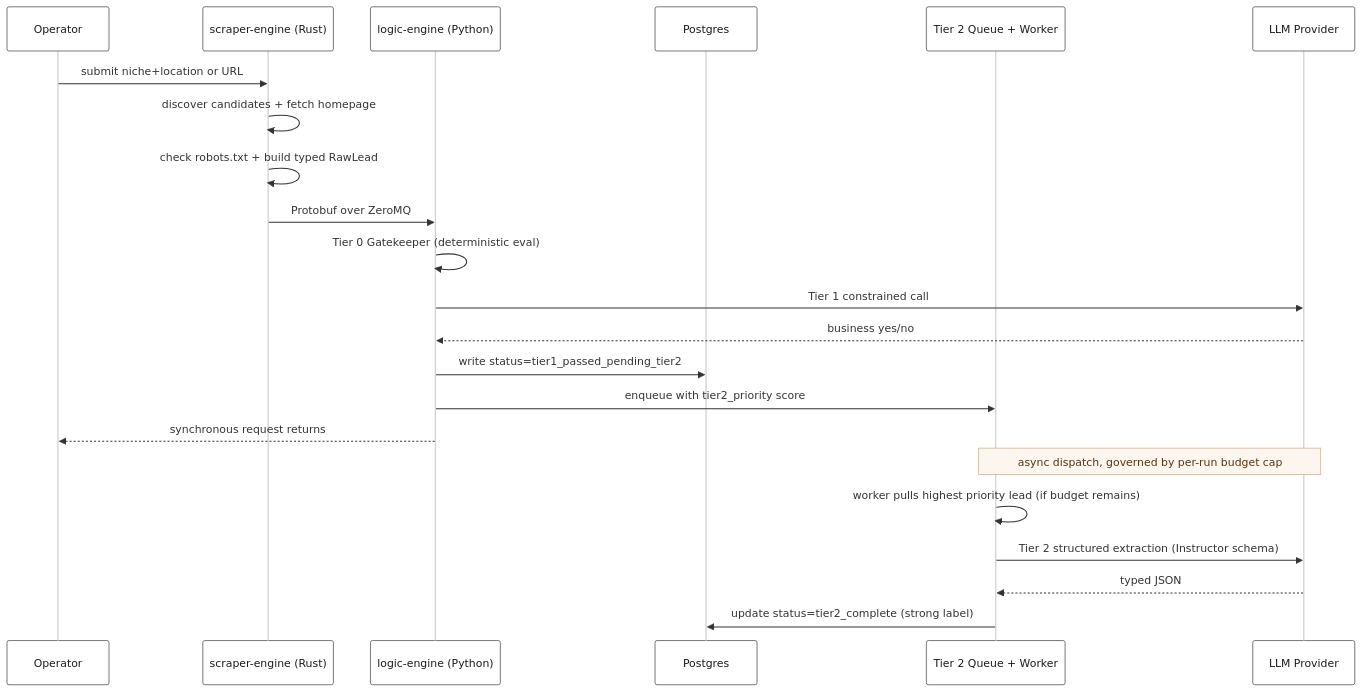
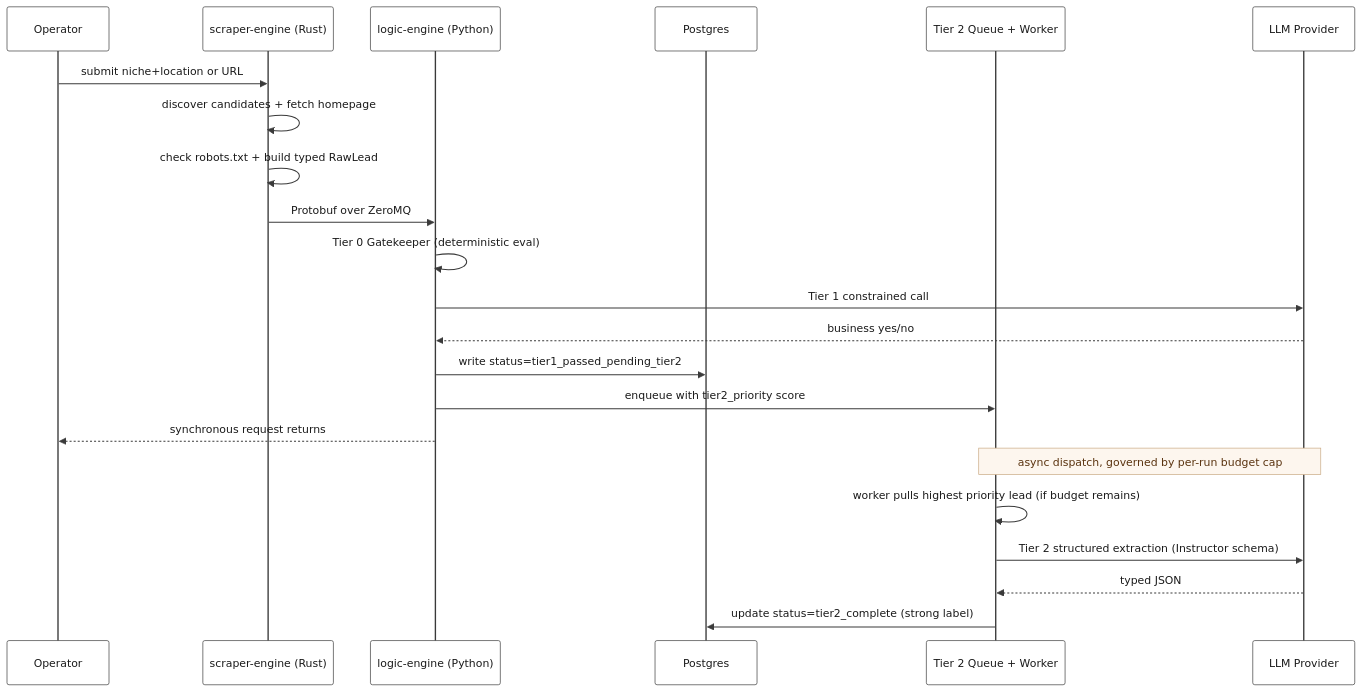
One commit to tesahe/trace-fabric changed the diagram in docs/pipeline-sequence.md. Above: the diagram before and after it, drawn with Mermaid. The commit also changed 4 other files, not shown here.

Commit message:
(chore): updated diagrams

````diff
--- a/docs/pipeline-sequence.md
+++ b/docs/pipeline-sequence.md
@@ -9,29 +9,29 @@
 ```mermaid
-%%{init: {"theme": "neutral", "themeVariables": {"fontSize": "14px", "actorBkg": "#FFFFFF", "actorBorder": "#3A3A3A", "actorTextColor": "#1A1A1A", "noteBkgColor": "#FDF6EE", "noteBorderColor": "#C9A983", "noteTextColor": "#5A330F"}}}%%
+%%{init: {"theme": "base", "themeVariables": {"fontSize": "14px", "background": "#FFFFFF", "primaryColor": "#FFFFFF", "primaryTextColor": "#1A1A1A", "primaryBorderColor": "#3A3A3A", "lineColor": "#3A3A3A", "secondaryColor": "#F5F5F5", "tertiaryColor": "#FAFAFA", "actorBkg": "#FFFFFF", "actorBorder": "#3A3A3A", "actorTextColor": "#1A1A1A", "actorLineColor": "#3A3A3A", "signalColor": "#3A3A3A", "signalTextColor": "#1A1A1A", "labelBoxBkgColor": "#F5F5F5", "labelBoxBorderColor": "#3A3A3A", "labelTextColor": "#1A1A1A", "loopTextColor": "#1A1A1A", "noteBkgColor": "#FDF6EE", "noteBorderColor": "#C9A983", "noteTextColor": "#5A330F", "activationBkgColor": "#EDEDED", "activationBorderColor": "#3A3A3A"}}}%%
 sequenceDiagram
     participant U as Operator
     participant S as scraper-engine (Rust)
     participant L as logic-engine (Python)
     participant DB as Postgres
     participant Q as Tier 2 Queue + Worker
     participant LLM as LLM Provider
 
     U->>S: submit niche+location or URL
     S->>S: discover candidates + fetch homepage
     S->>S: check robots.txt + build typed RawLead
     S->>L: Protobuf over ZeroMQ
 
     L->>L: Tier 0 Gatekeeper (deterministic eval)
     L->>LLM: Tier 1 constrained call
     LLM-->>L: business yes/no
     L->>DB: write status=tier1_passed_pending_tier2
     L->>Q: enqueue with tier2_priority score
     L-->>U: synchronous request returns
 
     Note over Q,LLM: async dispatch, governed by per-run budget cap
 
     Q->>Q: worker pulls highest priority lead (if budget remains)
     Q->>LLM: Tier 2 structured extraction (Instructor schema)
     LLM-->>Q: typed JSON
     Q->>DB: update status=tier2_complete (strong label)
 ```
````
